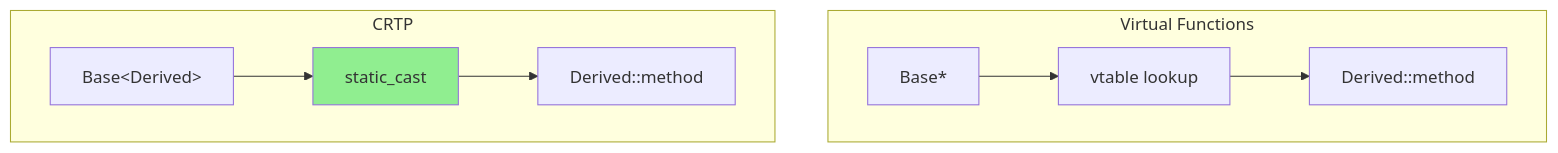
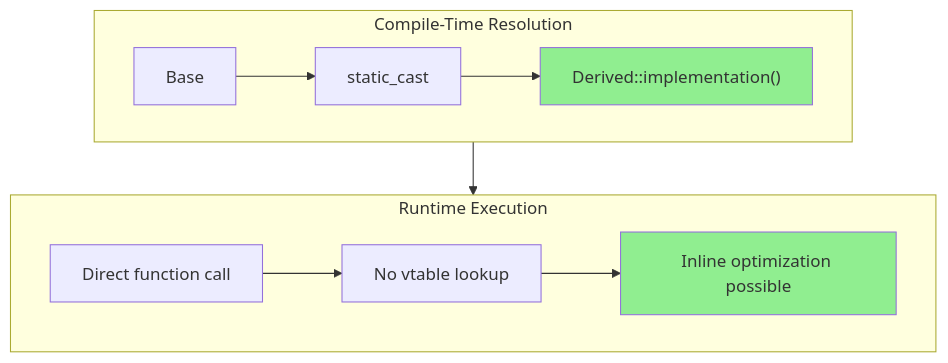
One commit to wramet/build-my-cfd changed the diagram in MODULE_10_CFD_ENGINE_DEVELOPMENT/CONTENT/02_ADVANCED_PATTERNS/05_CRTP_Pattern.md. Above: the diagram before and after it, drawn with Mermaid. The commit also changed other lines of this file and 203 other files, not shown here.

````diff
--- a/MODULE_10_CFD_ENGINE_DEVELOPMENT/CONTENT/02_ADVANCED_PATTERNS/05_CRTP_Pattern.md
+++ b/MODULE_10_CFD_ENGINE_DEVELOPMENT/CONTENT/02_ADVANCED_PATTERNS/05_CRTP_Pattern.md
@@ -114,13 +59,16 @@
 ```mermaid
 flowchart TB
-    subgraph Dynamic [Virtual Functions]
-        A1[Base*] --> B1[vtable lookup]
-        B1 --> C1[Derived::method]
+    subgraph CompileTime["Compile-Time Resolution"]
+        A["Base<Derived>"] --> B["static_cast<Derived*>"]
+        B --> C["Derived::implementation()"]
+        style C fill:#90EE90
     end
-    
-    subgraph Static [CRTP]
-        A2["Base&lt;Derived&gt;"] --> B2[static_cast]
-        B2 --> C2[Derived::method]
-        style B2 fill:#90EE90
+
+    subgraph RunTime["Runtime Execution"]
+        D["Direct function call"] --> E["No vtable lookup"]
+        E --> F["Inline optimization possible"]
+        style F fill:#90EE90
     end
+
+    CompileTime --> RunTime
 ```
````
